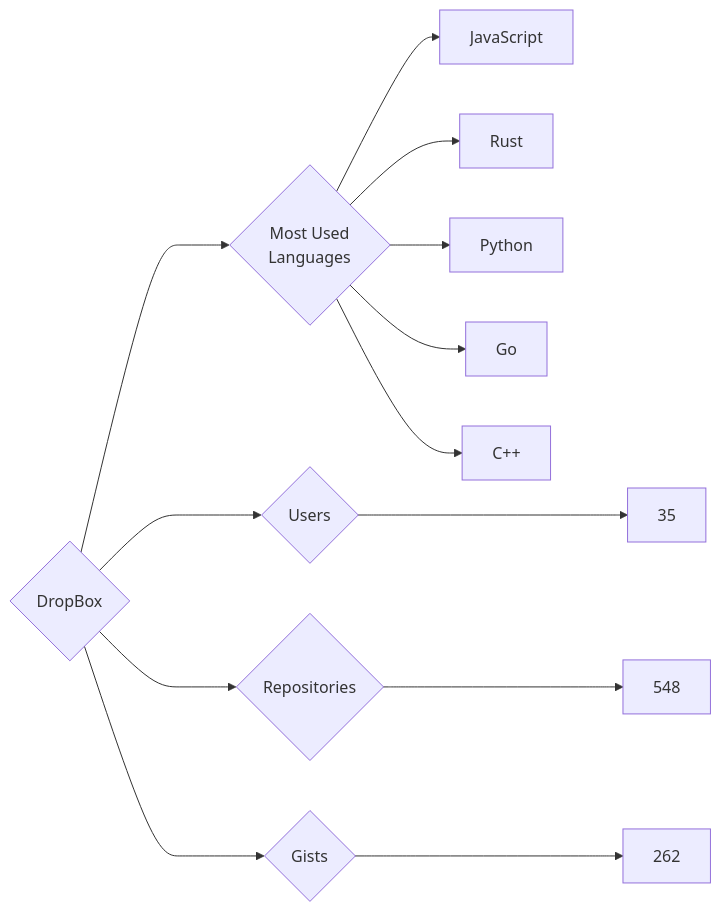
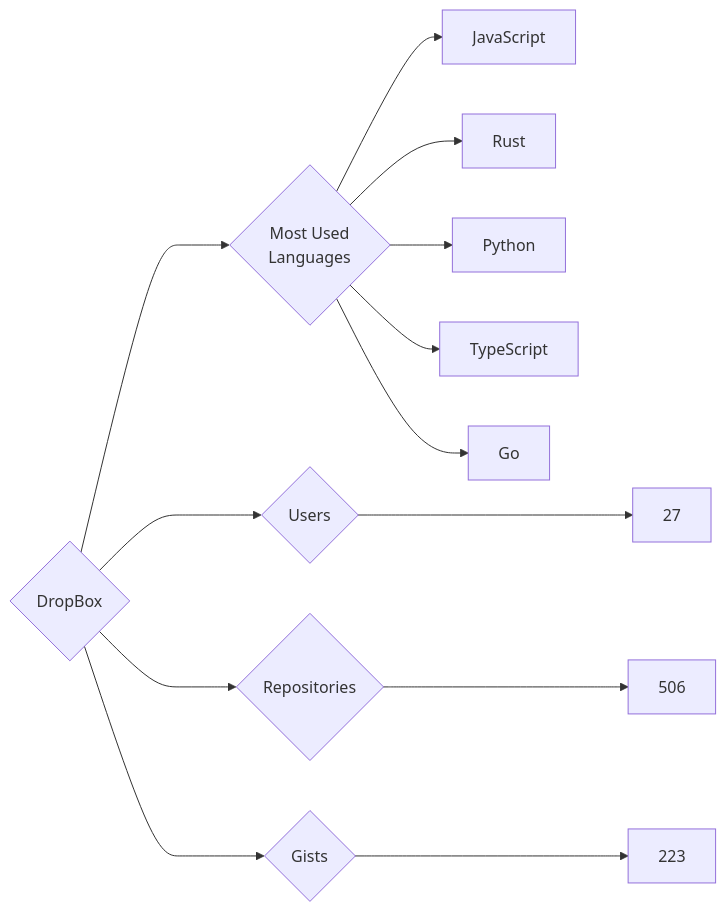
One commit to trickest/insiders changed the diagram in targets/DropBox/README.md. Above: the diagram before and after it, drawn with Mermaid. The commit also changed 916 other files, not shown here.

````diff
--- a/targets/DropBox/README.md
+++ b/targets/DropBox/README.md
@@ -3,13 +3,13 @@
 ```mermaid
 graph LR
 COMPANY_NAME{DropBox}
-COMPANY_NAME ---> U{Users} ---> UN[35]
-COMPANY_NAME ---> R{Repositories} ---> RN[548]
-COMPANY_NAME ---> G{Gists} ---> GN[262]
+COMPANY_NAME ---> U{Users} ---> UN[27]
+COMPANY_NAME ---> R{Repositories} ---> RN[506]
+COMPANY_NAME ---> G{Gists} ---> GN[223]
 COMPANY_NAME ---> ML{Most Used<br>Languages}
 ML --> JavaScript[JavaScript]
 ML --> Rust[Rust]
 ML --> Python[Python]
+ML --> TypeScript[TypeScript]
 ML --> Go[Go]
-ML --> C++[C++]
 ```
````
